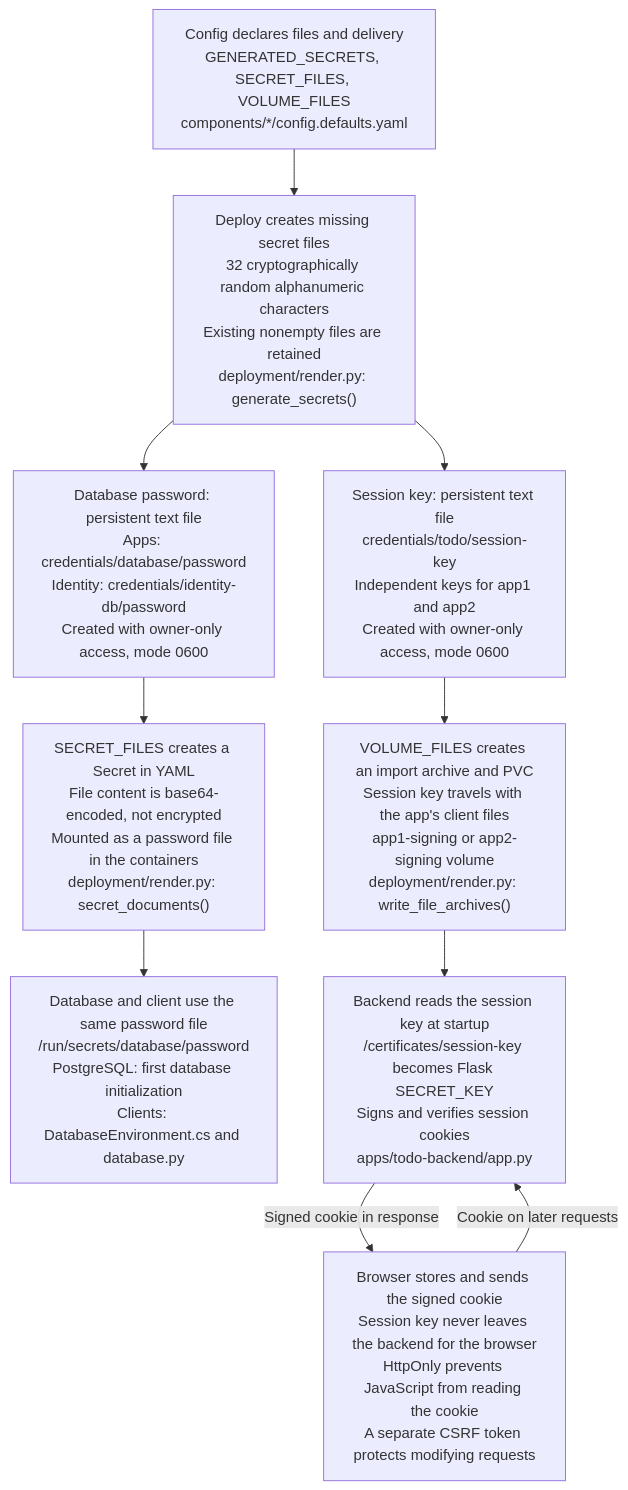
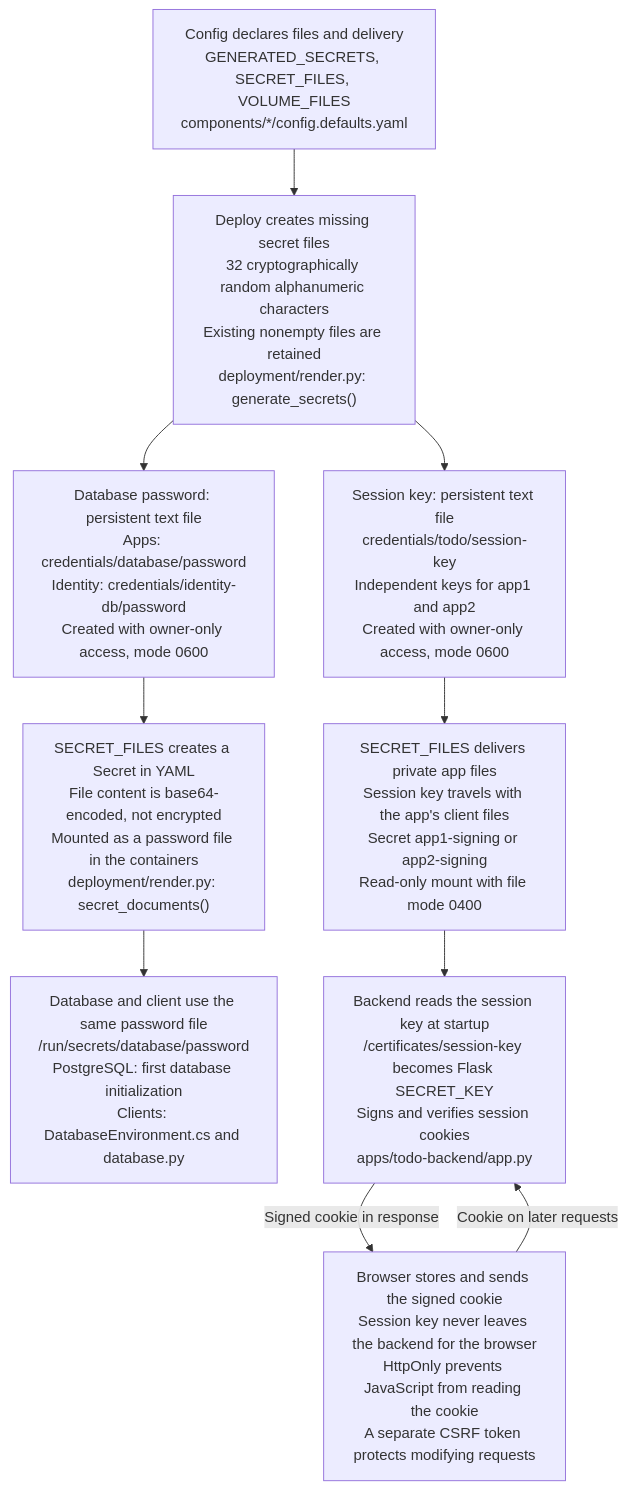
One commit to gunstein/podman_offline changed the second of 3 diagrams in README.md. Above: the diagram before and after it, drawn with Mermaid. The commit also changed other lines of this file and 20 other files, not shown here.

Commit message:
Deliver private app credentials through restricted Secret mounts

````diff
--- a/README.md
+++ b/README.md
@@ -405,54 +405,54 @@
 ```mermaid
 flowchart TD
     CONFIG["`Config declares files and delivery
     GENERATED_SECRETS, SECRET_FILES, VOLUME_FILES
     components/*/config.defaults.yaml`"]
 
     GENERATE["`Deploy creates missing secret files
     32 cryptographically random alphanumeric characters
     Existing nonempty files are retained
     deployment/render.py: generate_secrets()`"]
 
     DBFILE["`Database password: persistent text file
     Apps: credentials/database/password
     Identity: credentials/identity-db/password
     Created with owner-only access, mode 0600`"]
 
     SESSIONFILE["`Session key: persistent text file
     credentials/todo/session-key
     Independent keys for app1 and app2
     Created with owner-only access, mode 0600`"]
 
     SECRET["`SECRET_FILES creates a Secret in YAML
     File content is base64-encoded, not encrypted
     Mounted as a password file in the containers
     deployment/render.py: secret_documents()`"]
 
-    PVC["`VOLUME_FILES creates an import archive and PVC
+    APPSECRET["`SECRET_FILES delivers private app files
     Session key travels with the app's client files
-    app1-signing or app2-signing volume
-    deployment/render.py: write_file_archives()`"]
+    Secret app1-signing or app2-signing
+    Read-only mount with file mode 0400`"]
 
     DATABASE["`Database and client use the same password file
     /run/secrets/database/password
     PostgreSQL: first database initialization
     Clients: DatabaseEnvironment.cs and database.py`"]
 
     BACKEND["`Backend reads the session key at startup
     /certificates/session-key becomes Flask SECRET_KEY
     Signs and verifies session cookies
     apps/todo-backend/app.py`"]
 
     BROWSER["`Browser stores and sends the signed cookie
     Session key never leaves the backend for the browser
     HttpOnly prevents JavaScript from reading the cookie
     A separate CSRF token protects modifying requests`"]
 
     CONFIG --> GENERATE
     GENERATE --> DBFILE
     GENERATE --> SESSIONFILE
     DBFILE --> SECRET --> DATABASE
-    SESSIONFILE --> PVC --> BACKEND
+    SESSIONFILE --> APPSECRET --> BACKEND
     BACKEND -->|Signed cookie in response| BROWSER
     BROWSER -->|Cookie on later requests| BACKEND
 ```
````
